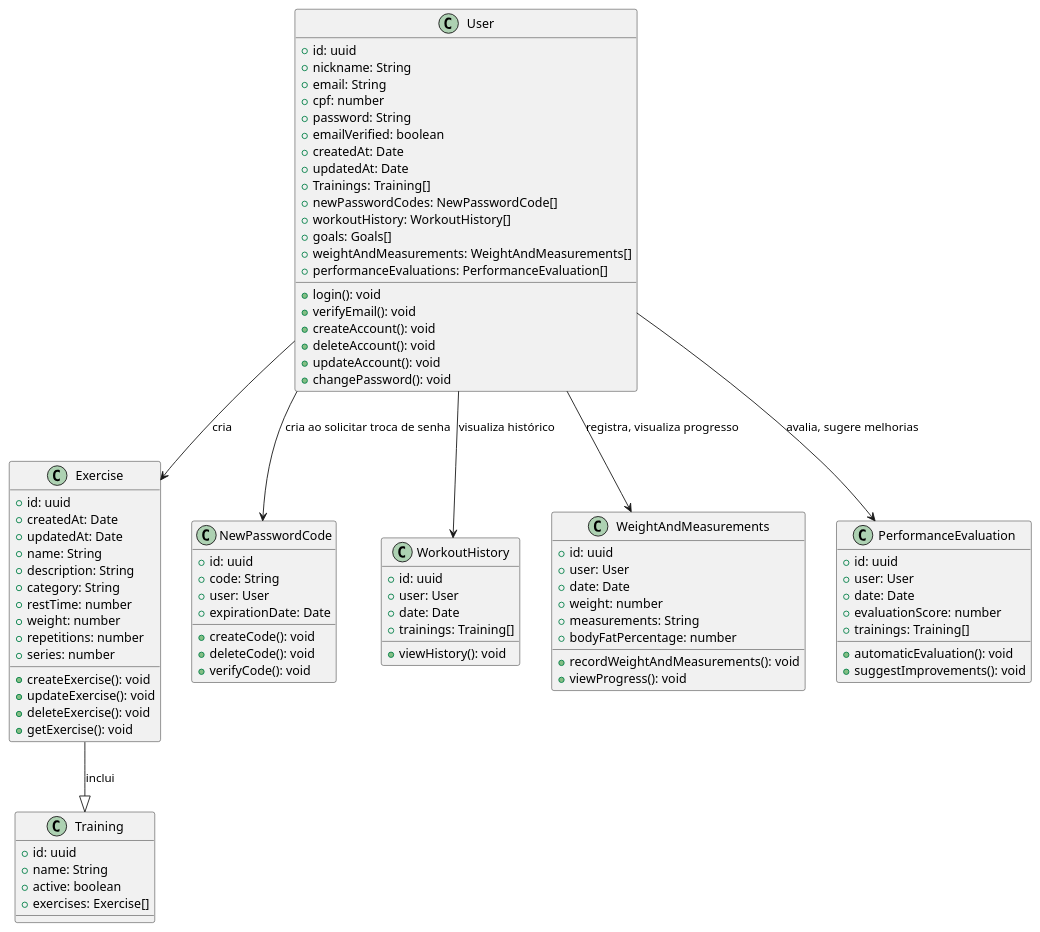
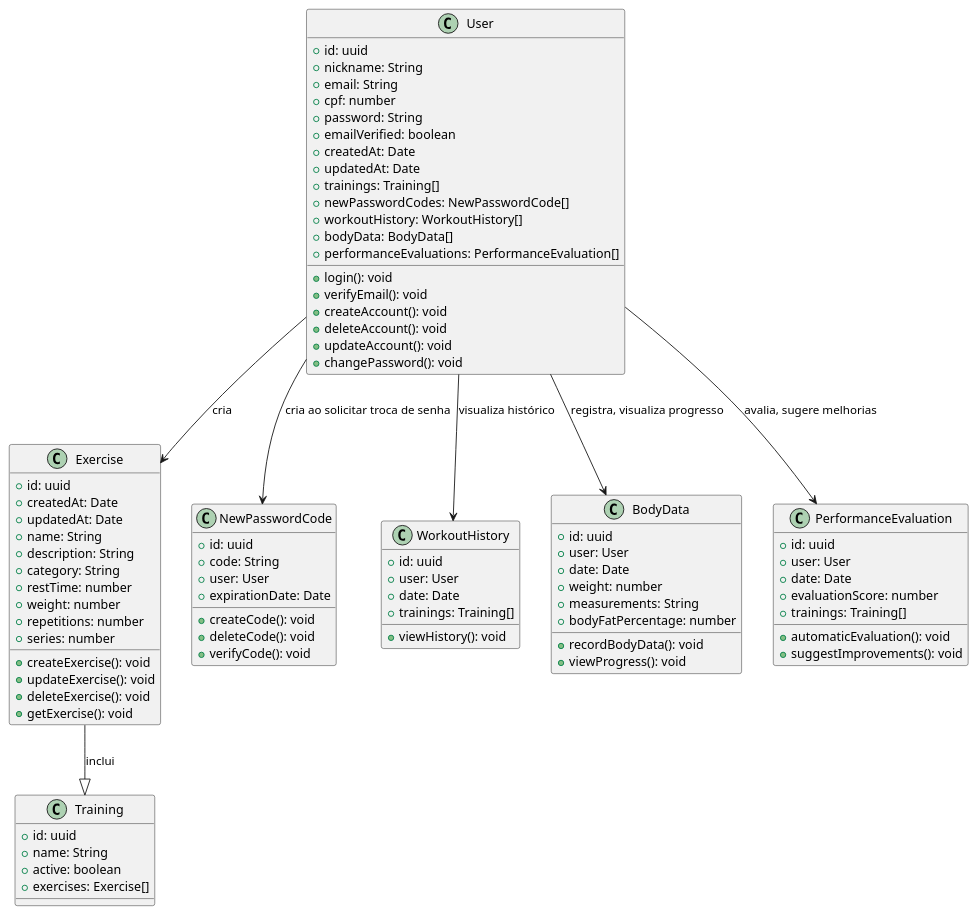
One commit to LucasReisV1337/api-gym changed the diagram in uml/indexUML.wsd. Above: the diagram before and after it, drawn with PlantUML. The commit also changed 10 other files, not shown here.

```diff
--- a/uml/indexUML.wsd
+++ b/uml/indexUML.wsd
@@ -1,96 +1,95 @@
 @startuml
 
 class User {
   + id: uuid
   + nickname: String
   + email: String
   + cpf: number
   + password: String
   + emailVerified: boolean
   + createdAt: Date
   + updatedAt: Date
   + login(): void
   + verifyEmail(): void
   + createAccount(): void
   + deleteAccount(): void
   + updateAccount(): void
   + changePassword(): void
-  + Trainings: Training[]
+  + trainings: Training[]
   + newPasswordCodes: NewPasswordCode[]
   + workoutHistory: WorkoutHistory[] 
-  + goals: Goals[]
-  + weightAndMeasurements: WeightAndMeasurements[] 
+  + bodyData: BodyData[] 
   + performanceEvaluations: PerformanceEvaluation[]
 }
 
 class Exercise {
   + id: uuid
   + createdAt: Date
   + updatedAt: Date
   + name: String
   + description: String
   + category: String
   + restTime: number
   + weight: number
   + repetitions: number
   + series: number
   + createExercise(): void
   + updateExercise(): void
   + deleteExercise(): void
   + getExercise(): void
 }
 
 class Training {
   + id: uuid
   + name: String
   + active: boolean
   + exercises: Exercise[]
 }
 
 class NewPasswordCode {
     + id: uuid
     + code: String
     + user: User
     + expirationDate: Date
     + createCode(): void
     + deleteCode(): void
     + verifyCode(): void
 }
 
 class WorkoutHistory {
     + id: uuid
     + user: User
     + date: Date
     + viewHistory(): void
     + trainings: Training[]
 }
 
-class WeightAndMeasurements {
+class BodyData {
     + id: uuid
     + user: User
     + date: Date
     + weight: number
     + measurements: String
     + bodyFatPercentage: number
-    + recordWeightAndMeasurements(): void
+    + recordBodyData(): void
     + viewProgress(): void
 }
 
 class PerformanceEvaluation {
     + id: uuid
     + user: User
     + date: Date
     + evaluationScore: number
     + automaticEvaluation(): void
     + suggestImprovements(): void
     + trainings: Training[]
 }
 
 User --> Exercise : cria
 User --> NewPasswordCode : cria ao solicitar troca de senha 
 User --> WorkoutHistory : visualiza histórico
-User --> WeightAndMeasurements : registra, visualiza progresso
+User --> BodyData : registra, visualiza progresso
 User --> PerformanceEvaluation : avalia, sugere melhorias
 Exercise --|> Training : inclui
 
 @enduml
```
